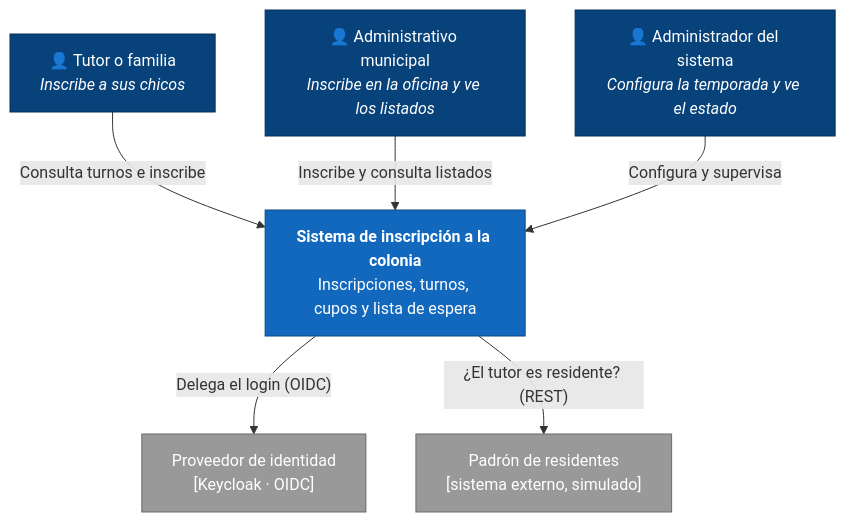
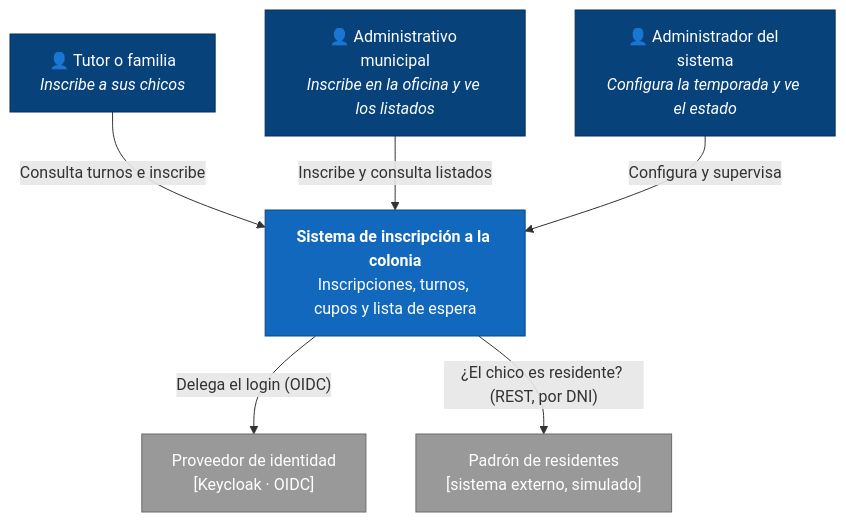
Before and after one commit to RaTon84/AS1-ColoniaDeVacacionesMunicipal: the second of 5 diagrams in docs/ARQUITECTURA.md, drawn with Mermaid. The commit also changed other lines of this file and 5 other files, not shown here.

First line of the commit message:
fix: validar el padrón con el DNI del chico en la verificación y la documentación

````diff
--- a/docs/ARQUITECTURA.md
+++ b/docs/ARQUITECTURA.md
@@ -165,22 +165,22 @@
 ```mermaid
 flowchart TB
   tutor["👤 Tutor o familia<br/><i>Inscribe a sus chicos</i>"]
   adm["👤 Administrativo municipal<br/><i>Inscribe en la oficina y ve los listados</i>"]
   sys["👤 Administrador del sistema<br/><i>Configura la temporada y ve el estado</i>"]
   colonia["<b>Sistema de inscripción a la colonia</b><br/>Inscripciones, turnos, cupos y lista de espera"]
   idp["Proveedor de identidad<br/>[Keycloak · OIDC]"]
   padron["Padrón de residentes<br/>[sistema externo, simulado]"]
 
   tutor -- "Consulta turnos e inscribe" --> colonia
   adm -- "Inscribe y consulta listados" --> colonia
   sys -- "Configura y supervisa" --> colonia
   colonia -- "Delega el login (OIDC)" --> idp
-  colonia -- "¿El tutor es residente? (REST)" --> padron
+  colonia -- "¿El chico es residente? (REST, por DNI)" --> padron
 
   classDef persona fill:#08427b,color:#fff,stroke:#052e56
   classDef sistema fill:#1168bd,color:#fff,stroke:#0b4884
   classDef externo fill:#999,color:#fff,stroke:#6b6b6b
   class tutor,adm,sys persona
   class colonia sistema
   class idp,padron externo
 ```
````
